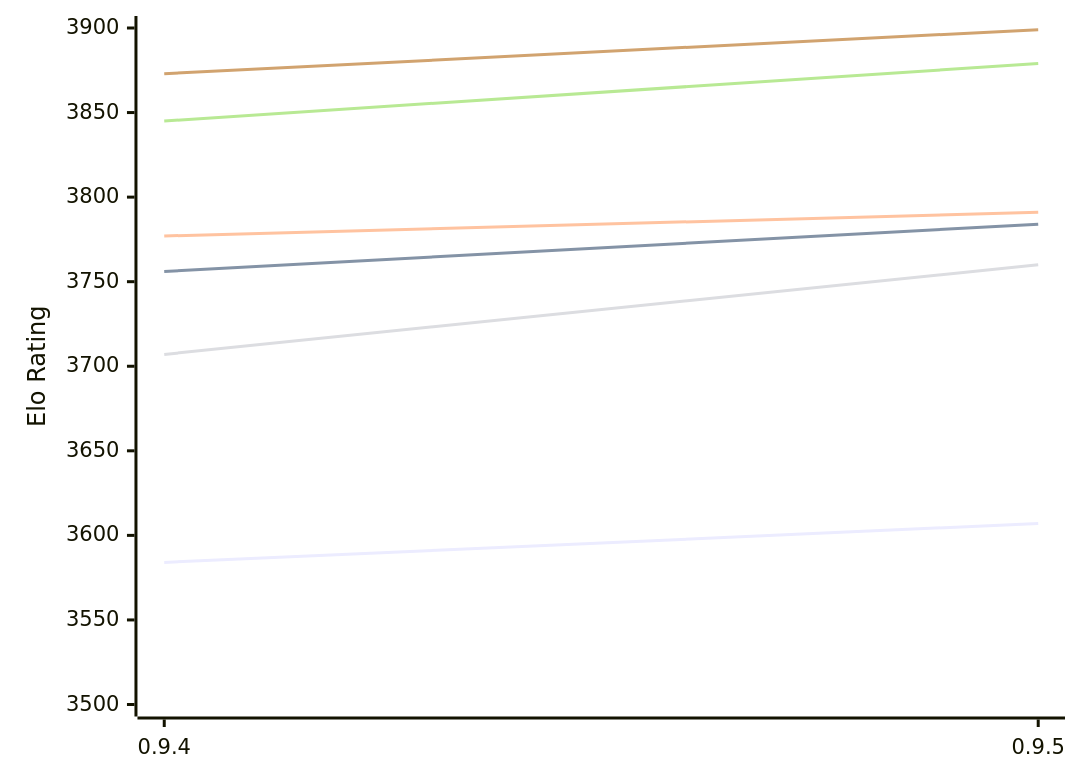
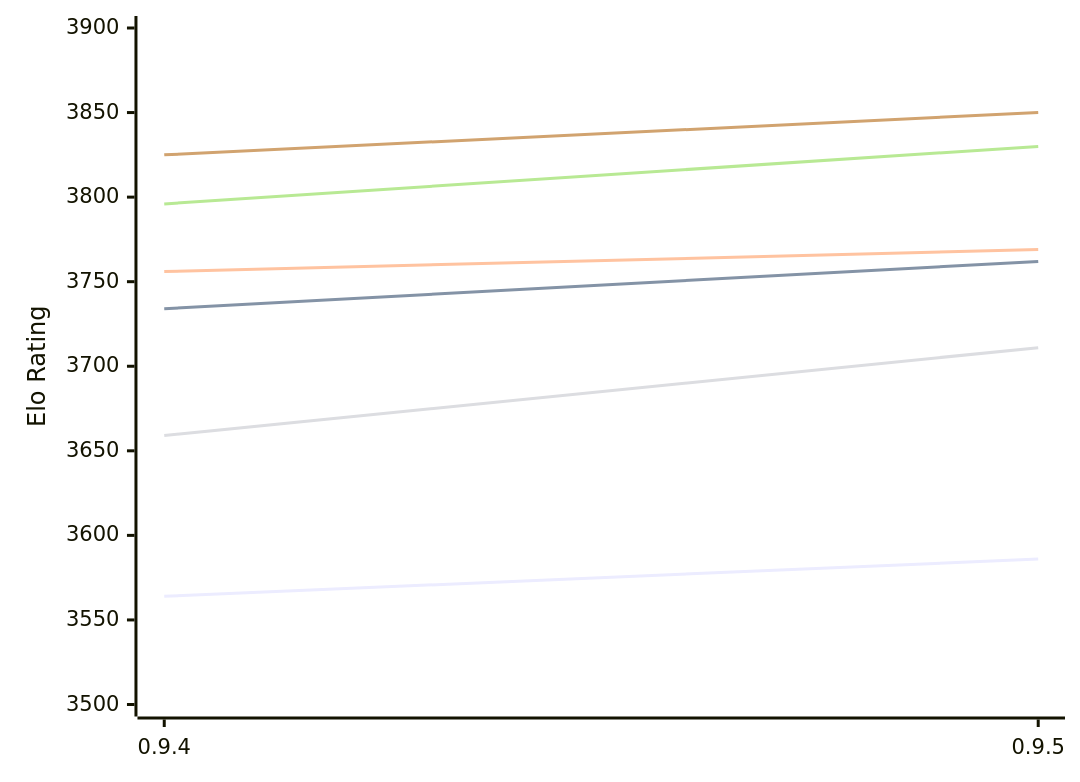
The first of 2 diagrams in engines/Coda.md (computer-chess-index/cci), drawn with Mermaid before and after one commit. The commit also changed other lines of this file, not shown here.

Commit message:
Update CCI Ratings (ELO VLTC) - 2026-11-08

````diff
--- a/engines/Coda.md
+++ b/engines/Coda.md
@@ -52,12 +52,12 @@
 ```mermaid
 %%{init: {"theme":"base","themeVariables":{"seriesColors:['#a3a3a3','#222221','#faa371']}}}%%
 xychart-beta
   x-axis ["0.9.4", "0.9.5"]
   y-axis "Elo Rating" 3500 --> 3900
-  line "E1: STC (8.0+0.08s)" [3584, 3607]
-  line "E1: LTC (60.0+0.60s)" [3756, 3784]
-  line "E1: VLTC (2m24s+1.12s)" [3777, 3791]
-  line "P1: STC (8.0+0.08s)" [3707, 3760]
-  line "P1: LTC (60.0+0.60s)" [3845, 3879]
-  line "P1: VLTC (2m24s+1.12s)" [3873, 3899]
+  line "E1: STC (8.0+0.08s)" [3564, 3586]
+  line "E1: LTC (60.0+0.60s)" [3734, 3762]
+  line "E1: VLTC (2m24s+1.12s)" [3756, 3769]
+  line "P1: STC (8.0+0.08s)" [3659, 3711]
+  line "P1: LTC (60.0+0.60s)" [3796, 3830]
+  line "P1: VLTC (2m24s+1.12s)" [3825, 3850]
 ```
````
